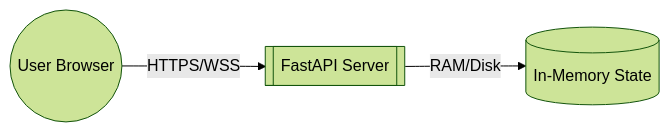
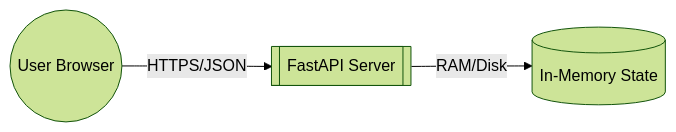
Before and after one commit to Ayushmansahoo098/Telco-Root-cause-analysis: the diagram in README.md, drawn with Mermaid (forest theme). The commit also changed other lines of this file and 18 other files, not shown here.

````diff
--- a/README.md
+++ b/README.md
@@ -116,5 +116,5 @@
 ```mermaid
 graph LR
-    Client((User Browser)) -- HTTPS/WSS --> Server[[FastAPI Server]]
+    Client((User Browser)) -- HTTPS/JSON --> Server[[FastAPI Server]]
     Server -- RAM/Disk --> DB[(In-Memory State)]
 ```
````
